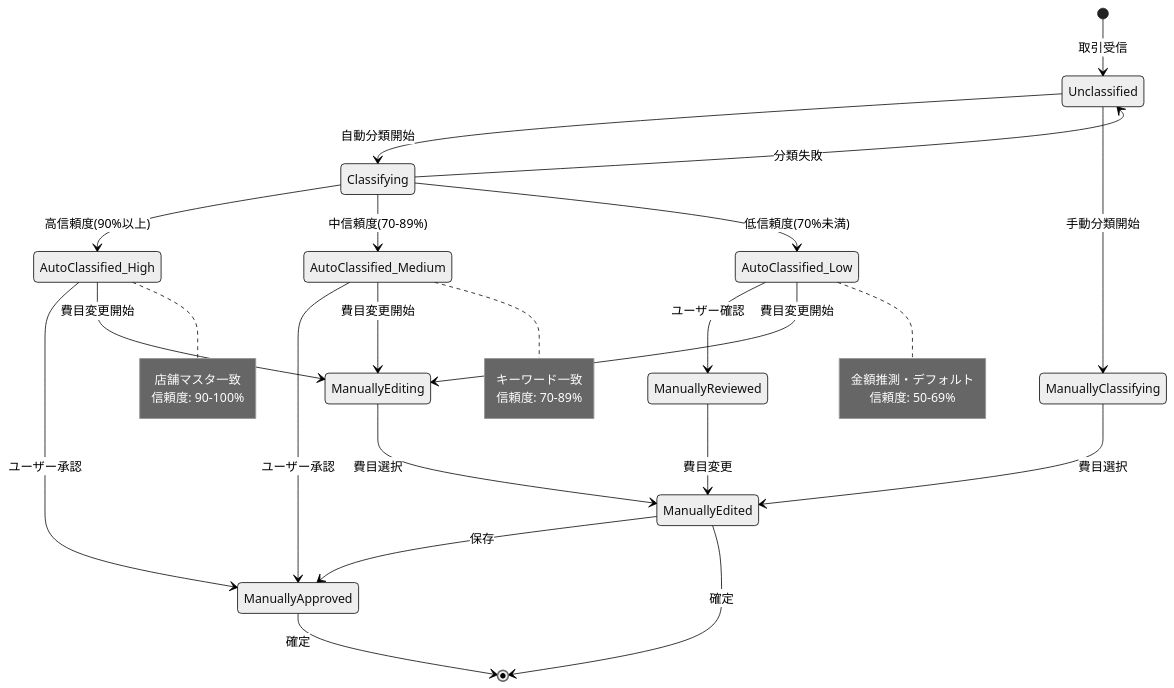
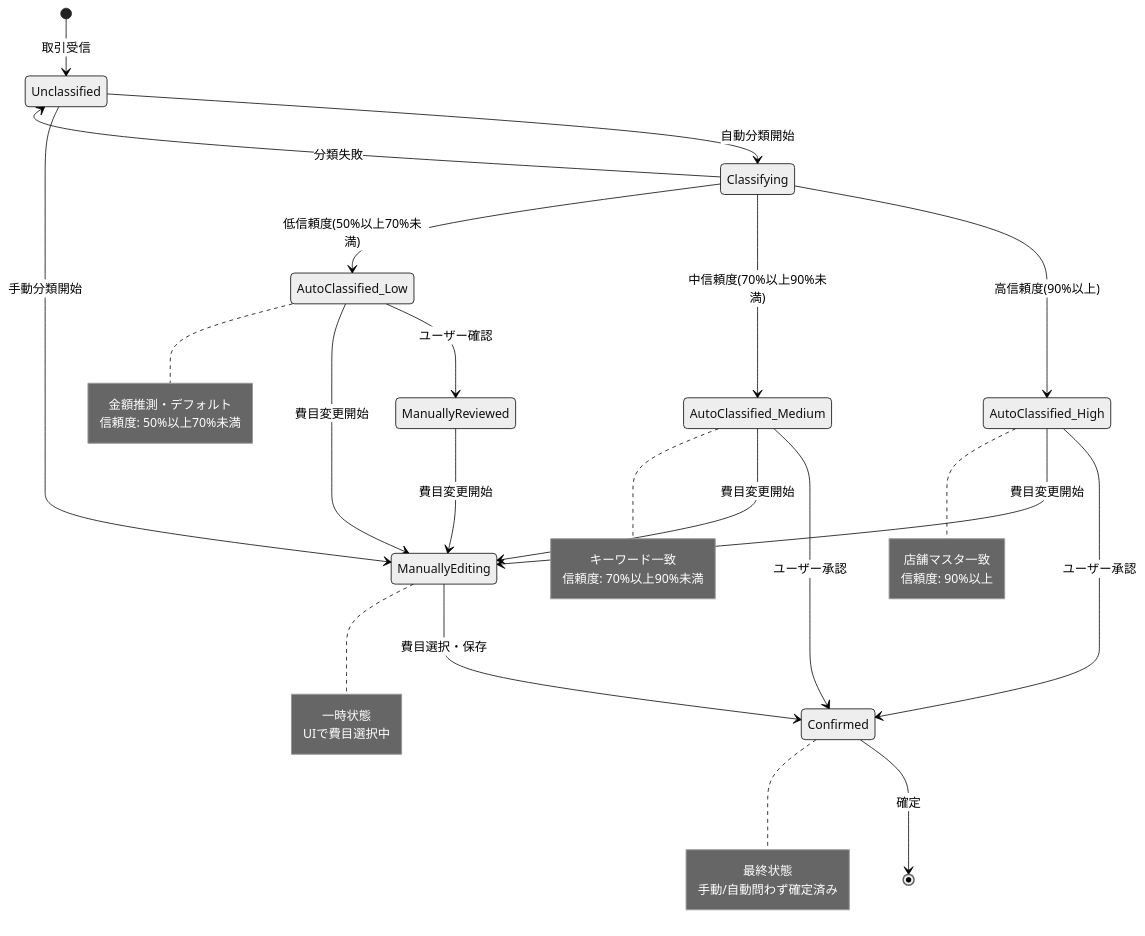
The first of 3 diagrams in docs/detailed-design/FR-009_detailed-category-classification/state-transitions.md (kencom2400/account-book), drawn with Mermaid (neutral theme) before and after one commit. The commit also changed other lines of this file and 2 other files, not shown here.

````diff
--- a/docs/detailed-design/FR-009_detailed-category-classification/state-transitions.md
+++ b/docs/detailed-design/FR-009_detailed-category-classification/state-transitions.md
@@ -20,43 +20,50 @@
 ```mermaid
 stateDiagram-v2
     [*] --> Unclassified: 取引受信
 
     Unclassified --> Classifying: 自動分類開始
     Classifying --> AutoClassified_High: 高信頼度(90%以上)
-    Classifying --> AutoClassified_Medium: 中信頼度(70-89%)
-    Classifying --> AutoClassified_Low: 低信頼度(70%未満)
+    Classifying --> AutoClassified_Medium: 中信頼度(70%以上90%未満)
+    Classifying --> AutoClassified_Low: 低信頼度(50%以上70%未満)
     Classifying --> Unclassified: 分類失敗
 
-    AutoClassified_High --> ManuallyApproved: ユーザー承認
-    AutoClassified_Medium --> ManuallyApproved: ユーザー承認
+    AutoClassified_High --> Confirmed: ユーザー承認
+    AutoClassified_Medium --> Confirmed: ユーザー承認
     AutoClassified_Low --> ManuallyReviewed: ユーザー確認
 
-    ManuallyReviewed --> ManuallyEdited: 費目変更
-    ManuallyEdited --> ManuallyApproved: 保存
+    ManuallyReviewed --> ManuallyEditing: 費目変更開始
+    ManuallyEditing --> Confirmed: 費目選択・保存
 
-    Unclassified --> ManuallyClassifying: 手動分類開始
-    ManuallyClassifying --> ManuallyEdited: 費目選択
+    Unclassified --> ManuallyEditing: 手動分類開始
 
     AutoClassified_High --> ManuallyEditing: 費目変更開始
     AutoClassified_Medium --> ManuallyEditing: 費目変更開始
     AutoClassified_Low --> ManuallyEditing: 費目変更開始
-    ManuallyEditing --> ManuallyEdited: 費目選択
 
-    ManuallyApproved --> [*]: 確定
-    ManuallyEdited --> [*]: 確定
+    Confirmed --> [*]: 確定
 
     note right of AutoClassified_High
         店舗マスタ一致
-        信頼度: 90-100%
+        信頼度: 90%以上
     end note
 
     note right of AutoClassified_Medium
         キーワード一致
-        信頼度: 70-89%
+        信頼度: 70%以上90%未満
     end note
 
     note right of AutoClassified_Low
         金額推測・デフォルト
-        信頼度: 50-69%
+        信頼度: 50%以上70%未満
+    end note
+
+    note right of ManuallyEditing
+        一時状態
+        UIで費目選択中
+    end note
+
+    note right of Confirmed
+        最終状態
+        手動/自動問わず確定済み
     end note
 ```
````
